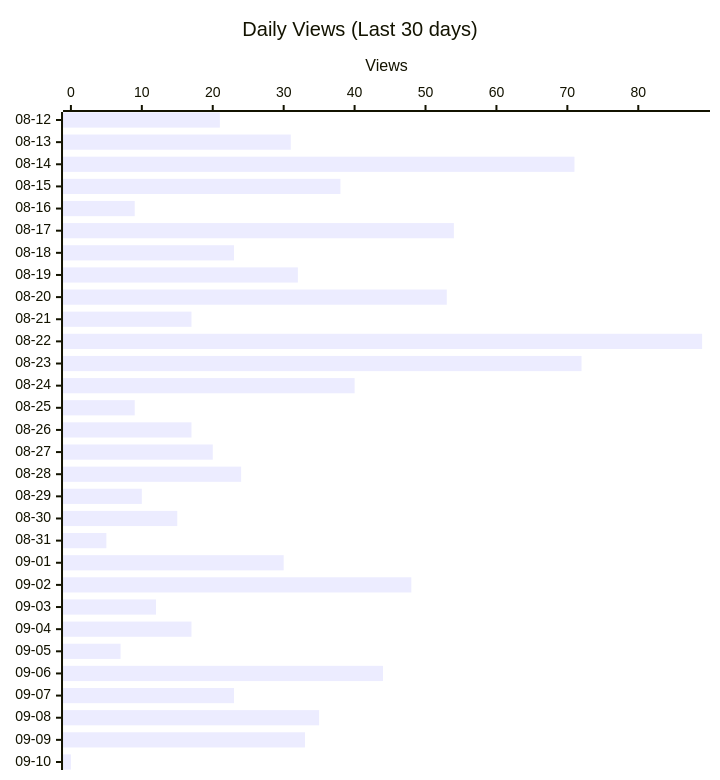
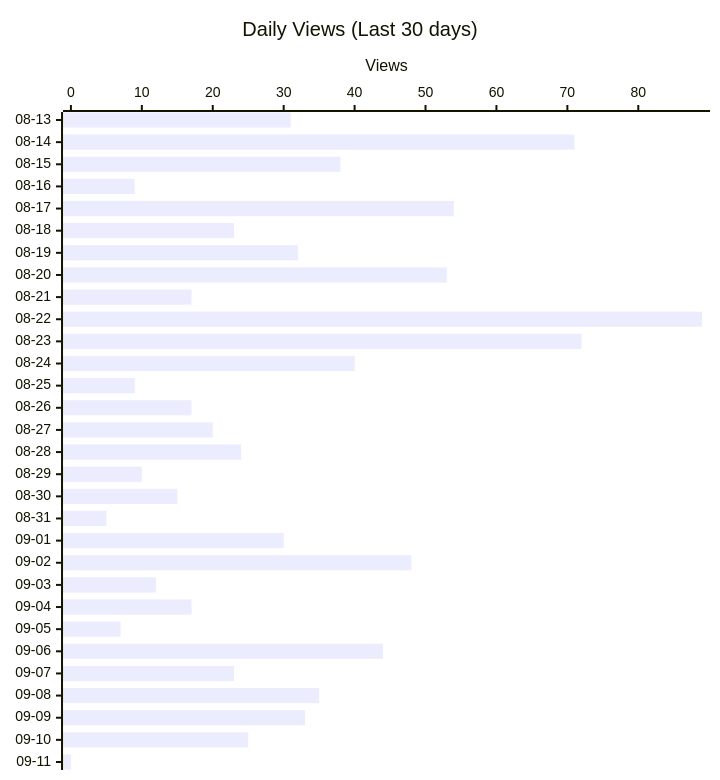
One commit to shigechika/github-insights changed the second of 4 diagrams in README.md. Above: the diagram before and after it, drawn with Mermaid. The commit also changed other lines of this file and 2 other files, not shown here.

````diff
--- a/README.md
+++ b/README.md
@@ -28,12 +28,12 @@
 ```mermaid
 ---
 config:
   xyChart:
     height: 760
 ---
 xychart-beta horizontal
     title "Daily Views (Last 30 days)"
-    x-axis ["08-12", "08-13", "08-14", "08-15", "08-16", "08-17", "08-18", "08-19", "08-20", "08-21", "08-22", "08-23", "08-24", "08-25", "08-26", "08-27", "08-28", "08-29", "08-30", "08-31", "09-01", "09-02", "09-03", "09-04", "09-05", "09-06", "09-07", "09-08", "09-09", "09-10"]
+    x-axis ["08-13", "08-14", "08-15", "08-16", "08-17", "08-18", "08-19", "08-20", "08-21", "08-22", "08-23", "08-24", "08-25", "08-26", "08-27", "08-28", "08-29", "08-30", "08-31", "09-01", "09-02", "09-03", "09-04", "09-05", "09-06", "09-07", "09-08", "09-09", "09-10", "09-11"]
     y-axis "Views"
-    bar [21, 31, 71, 38, 9, 54, 23, 32, 53, 17, 89, 72, 40, 9, 17, 20, 24, 10, 15, 5, 30, 48, 12, 17, 7, 44, 23, 35, 33, 0]
+    bar [31, 71, 38, 9, 54, 23, 32, 53, 17, 89, 72, 40, 9, 17, 20, 24, 10, 15, 5, 30, 48, 12, 17, 7, 44, 23, 35, 33, 25, 0]
 ```
````
